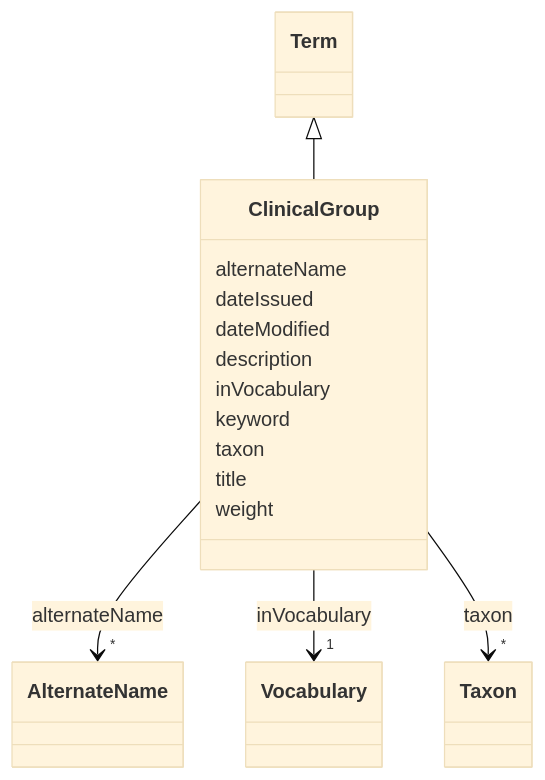
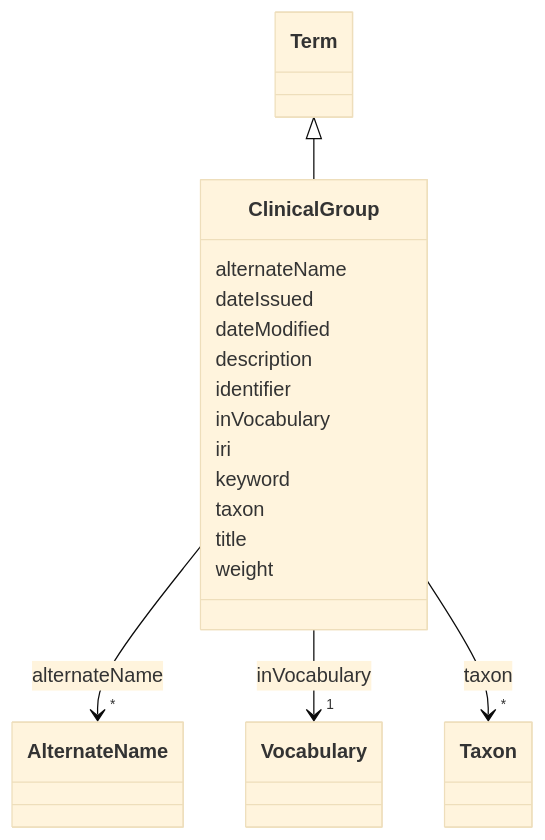
The diagram in models/docs/ClinicalGroup.md (EVORA-project/evora-ontology), drawn with Mermaid (base theme) before and after one commit. The commit also changed other lines of this file and 391 other files, not shown here.

````diff
--- a/models/docs/ClinicalGroup.md
+++ b/models/docs/ClinicalGroup.md
@@ -19,48 +19,52 @@
 ```mermaid
  classDiagram
     class ClinicalGroup
     click ClinicalGroup href "../ClinicalGroup"
       Term <|-- ClinicalGroup
         click Term href "../Term"
       
       ClinicalGroup : alternateName
         
           
     
     
     ClinicalGroup --> "*" AlternateName : alternateName
     click AlternateName href "../AlternateName"
 
         
       ClinicalGroup : dateIssued
         
       ClinicalGroup : dateModified
         
       ClinicalGroup : description
         
+      ClinicalGroup : identifier
+        
       ClinicalGroup : inVocabulary
         
           
     
     
     ClinicalGroup --> "1" Vocabulary : inVocabulary
     click Vocabulary href "../Vocabulary"
 
+        
+      ClinicalGroup : iri
         
       ClinicalGroup : keyword
         
       ClinicalGroup : taxon
         
           
     
     
     ClinicalGroup --> "*" Taxon : taxon
     click Taxon href "../Taxon"
 
         
       ClinicalGroup : title
         
       ClinicalGroup : weight
         
       
 ```
````
